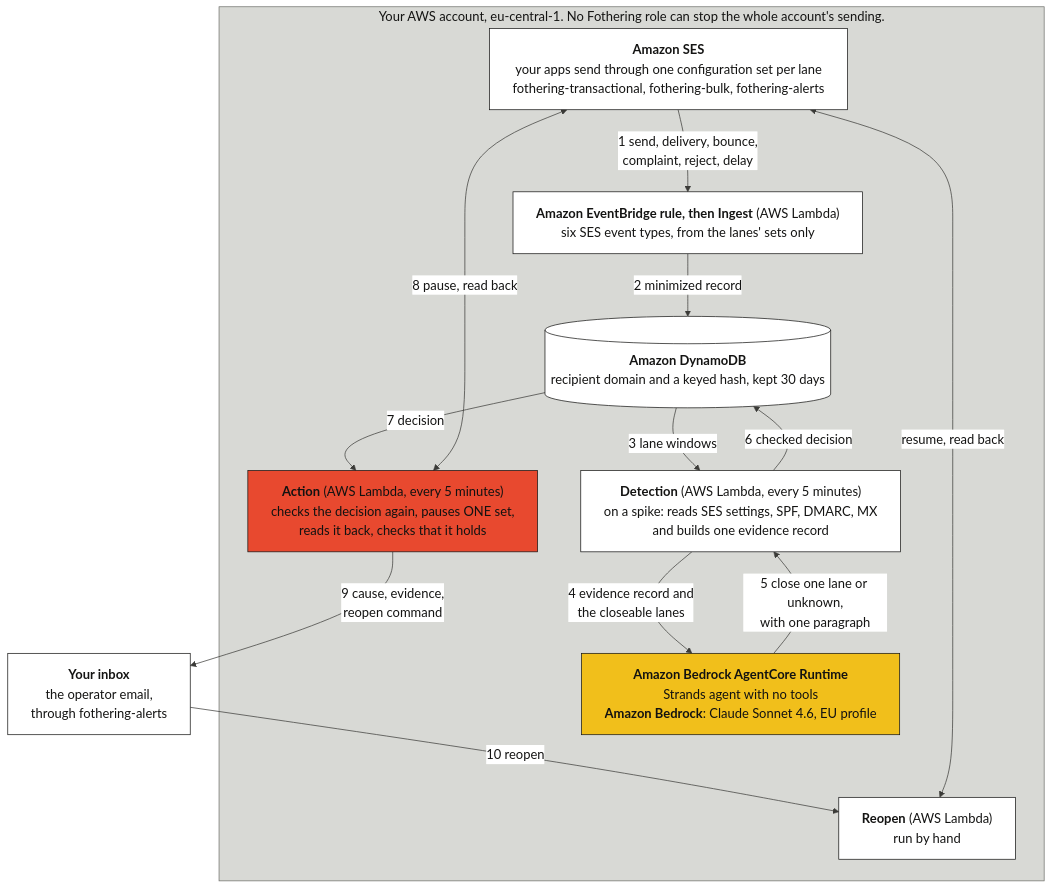
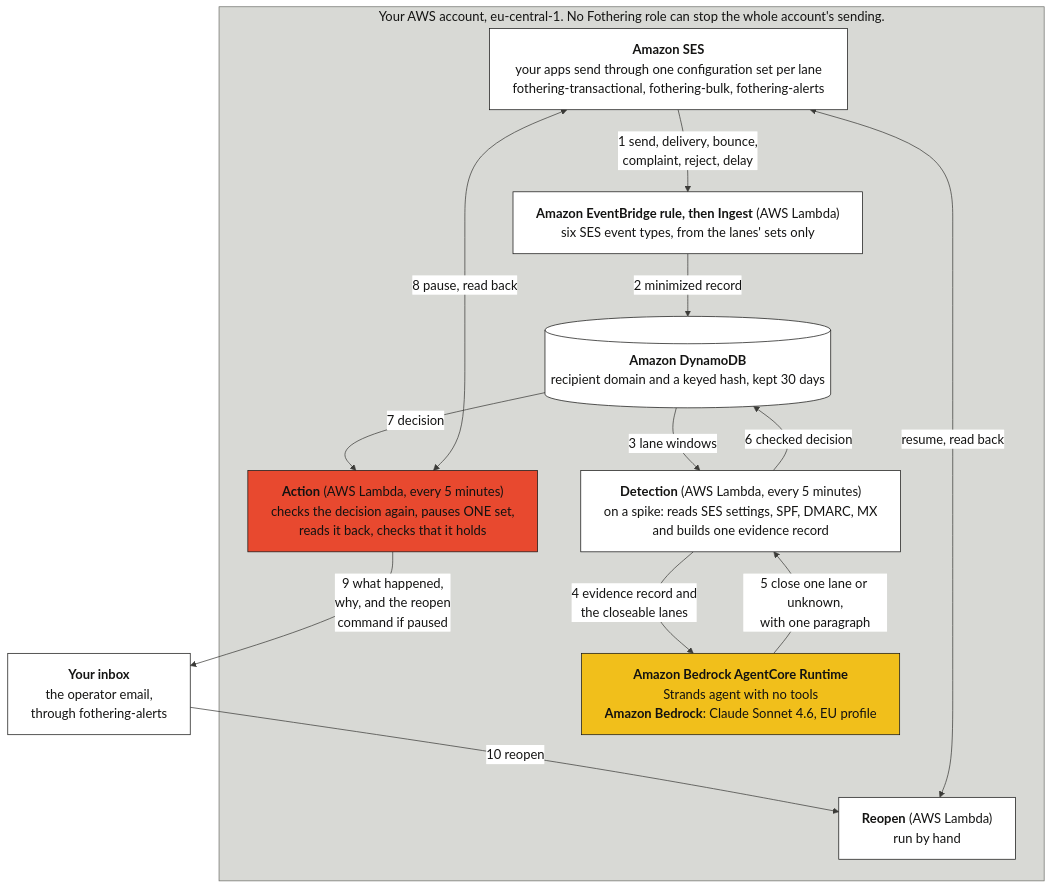
The diagram in docs/architecture.mmd (voyagi/fothering), drawn with Mermaid before and after one commit. The commit also changed 2 other files, not shown here.

Commit message:
docs: describe the operator email when nothing was paused
The page and arrow 9 read as if every email confirms a pause and carries
the reopen command. An unknown answer, a reached cap or a refused close
sends an email that says nothing was paused, and a failed pause has
nothing to reopen. Step 1 now says the six event types are a
requirement Fothering checks, not a given.

```diff
--- a/docs/architecture.mmd
+++ b/docs/architecture.mmd
@@ -1,51 +1,51 @@
 ---
 config:
   theme: base
   fontFamily: Arial, Helvetica, sans-serif
   themeVariables:
     fontFamily: Arial, Helvetica, sans-serif
     fontSize: 18px
     primaryColor: "#FFFFFF"
     primaryTextColor: "#141413"
     primaryBorderColor: "#141413"
     lineColor: "#3B3B38"
     clusterBkg: "#D8D9D5"
     clusterBorder: "#6F706B"
     titleColor: "#141413"
     edgeLabelBackground: "#FFFFFF"
   flowchart:
     curve: basis
     padding: 16
     nodeSpacing: 60
     rankSpacing: 60
     wrappingWidth: 600
 ---
 flowchart TB
   subgraph account["Your AWS account, eu-central-1. No Fothering role can stop the whole account's sending."]
     ses["<b>Amazon SES</b><br/>your apps send through one configuration set per lane<br/>fothering-transactional, fothering-bulk, fothering-alerts"]
     ingest["<b>Amazon EventBridge rule, then Ingest</b> (AWS Lambda)<br/>six SES event types, from the lanes' sets only"]
     table[("<b>Amazon DynamoDB</b><br/>recipient domain and a keyed hash, kept 30 days")]
     detect["<b>Detection</b> (AWS Lambda, every 5 minutes)<br/>on a spike: reads SES settings, SPF, DMARC, MX<br/>and builds one evidence record"]
     action["<b>Action</b> (AWS Lambda, every 5 minutes)<br/>checks the decision again, pauses ONE set,<br/>reads it back, checks that it holds"]
     runtime["<b>Amazon Bedrock AgentCore Runtime</b><br/>Strands agent with no tools<br/><b>Amazon Bedrock</b>: Claude Sonnet 4.6, EU profile"]
     reopen["<b>Reopen</b> (AWS Lambda)<br/>run by hand"]
   end
 
   inbox["<b>Your inbox</b><br/>the operator email,<br/>through fothering-alerts"]
 
   ses -->|"1 send, delivery, bounce,<br/>complaint, reject, delay"| ingest
   ingest -->|"2 minimized record"| table
   table -->|"3 lane windows"| detect
   detect -->|"4 evidence record and<br/>the closeable lanes"| runtime
   runtime -->|"5 close one lane or unknown,<br/>with one paragraph"| detect
   detect -->|"6 checked decision"| table
   table -->|"7 decision"| action
   ses <-->|"8 pause, read back"| action
-  action -->|"9 cause, evidence,<br/>reopen command"| inbox
+  action -->|"9 what happened,<br/>why, and the reopen<br/>command if paused"| inbox
   inbox -->|"10 reopen"| reopen
   ses <-->|"resume, read back"| reopen
 
   classDef closer fill:#E8492F,stroke:#141413,color:#121211
   classDef thinker fill:#F1BF1B,stroke:#141413,color:#121211
   class action closer
   class runtime thinker
```
